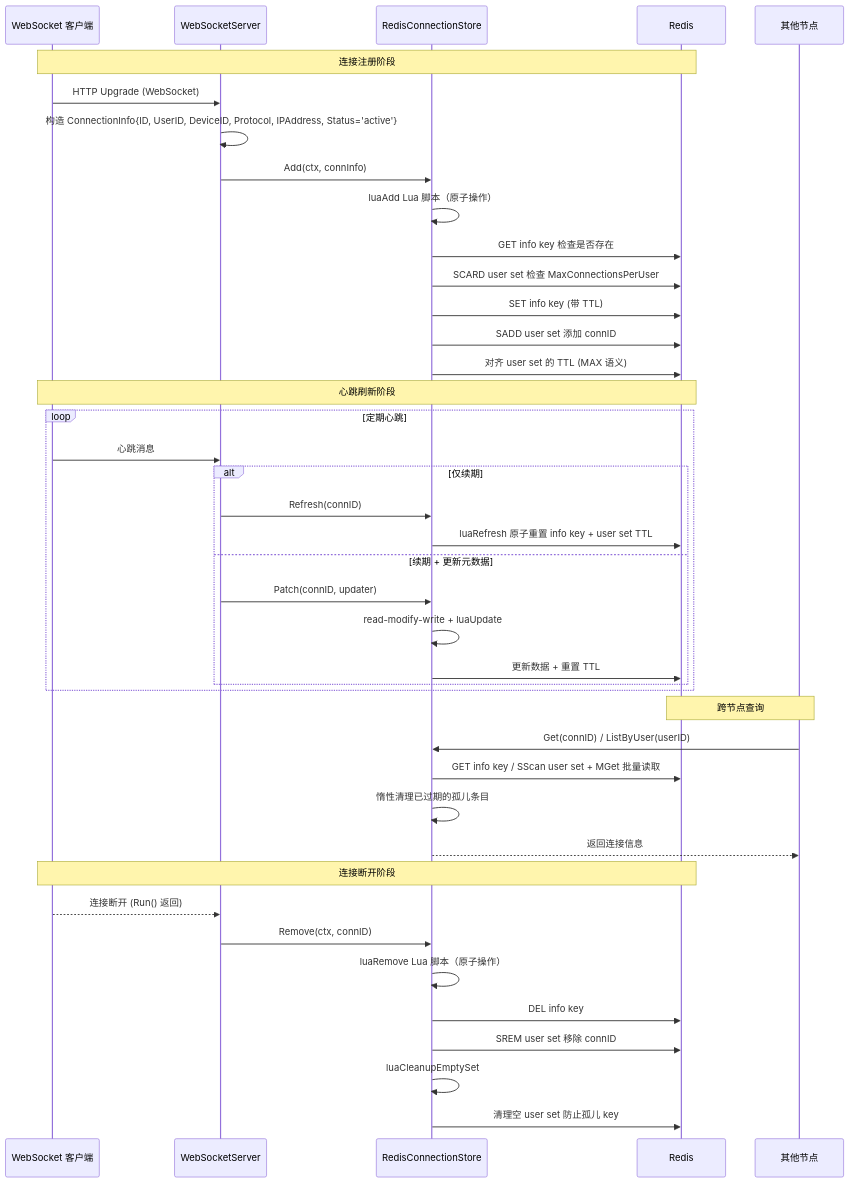
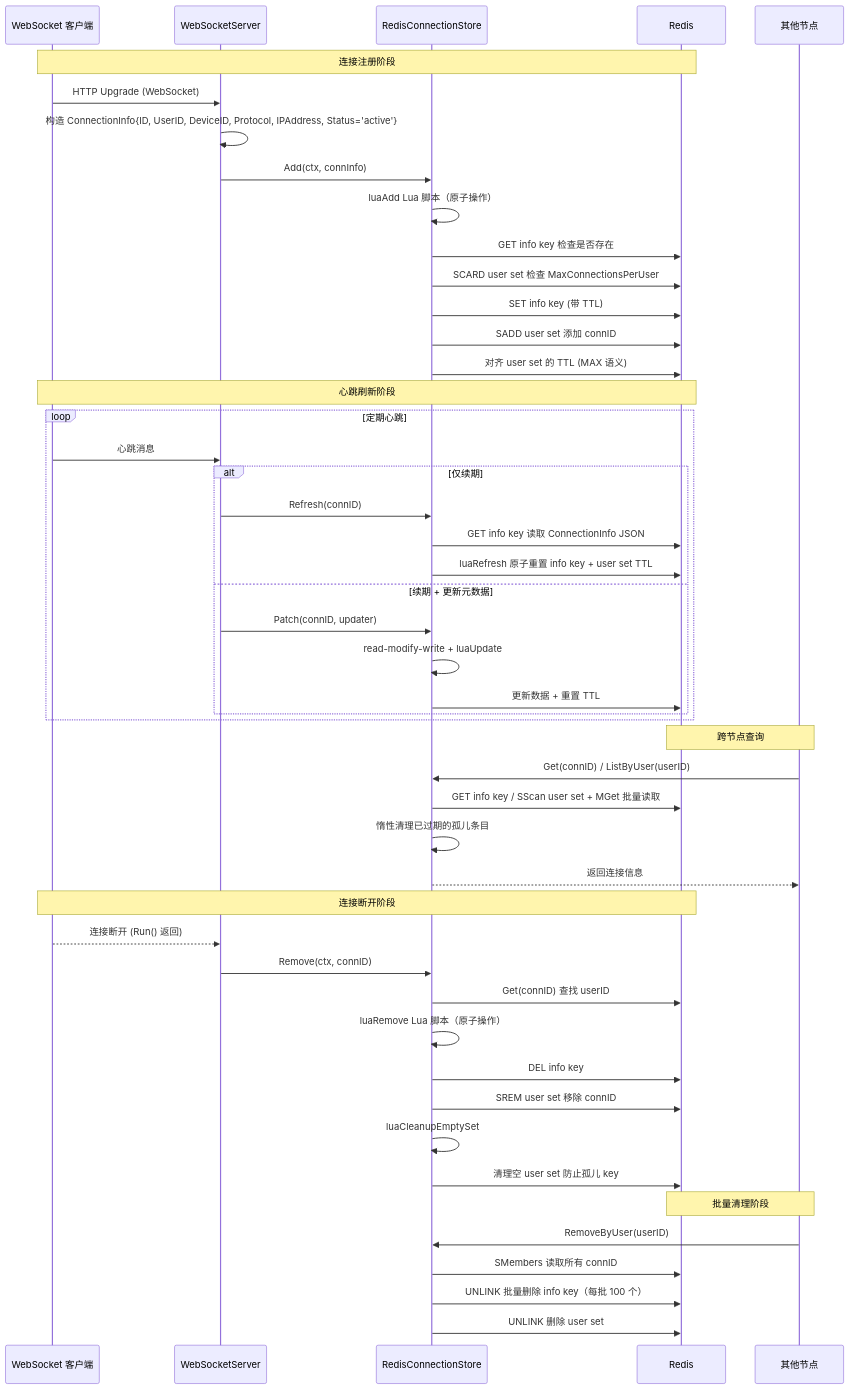
Before and after one commit to PineappleBond/xyncra-server: the second of 5 diagrams in wiki/flows/broadcasting.md, drawn with Mermaid. The commit also changed other lines of this file and 22 other files, not shown here.

````diff
--- a/wiki/flows/broadcasting.md
+++ b/wiki/flows/broadcasting.md
@@ -93,47 +95,55 @@
 ```mermaid
 sequenceDiagram
     participant Client as WebSocket 客户端
     participant WS as WebSocketServer
     participant Store as RedisConnectionStore
     participant Redis as Redis
     participant OtherNode as 其他节点
 
     Note over Client,Redis: 连接注册阶段
     Client->>WS: HTTP Upgrade (WebSocket)
     WS->>WS: 构造 ConnectionInfo{ID, UserID, DeviceID, Protocol, IPAddress, Status='active'}
     WS->>Store: Add(ctx, connInfo)
     Store->>Store: luaAdd Lua 脚本（原子操作）
     Store->>Redis: GET info key 检查是否存在
     Store->>Redis: SCARD user set 检查 MaxConnectionsPerUser
     Store->>Redis: SET info key (带 TTL)
     Store->>Redis: SADD user set 添加 connID
     Store->>Redis: 对齐 user set 的 TTL (MAX 语义)
 
     Note over Client,Redis: 心跳刷新阶段
     loop 定期心跳
         Client->>WS: 心跳消息
         alt 仅续期
             WS->>Store: Refresh(connID)
+            Store->>Redis: GET info key 读取 ConnectionInfo JSON
             Store->>Redis: luaRefresh 原子重置 info key + user set TTL
         else 续期 + 更新元数据
             WS->>Store: Patch(connID, updater)
             Store->>Store: read-modify-write + luaUpdate
             Store->>Redis: 更新数据 + 重置 TTL
         end
     end
 
     Note over OtherNode,Redis: 跨节点查询
     OtherNode->>Store: Get(connID) / ListByUser(userID)
     Store->>Redis: GET info key / SScan user set + MGet 批量读取
     Store->>Store: 惰性清理已过期的孤儿条目
     Store-->>OtherNode: 返回连接信息
 
     Note over Client,Redis: 连接断开阶段
     Client-->>WS: 连接断开 (Run() 返回)
     WS->>Store: Remove(ctx, connID)
+    Store->>Redis: Get(connID) 查找 userID
     Store->>Store: luaRemove Lua 脚本（原子操作）
     Store->>Redis: DEL info key
     Store->>Redis: SREM user set 移除 connID
     Store->>Store: luaCleanupEmptySet
     Store->>Redis: 清理空 user set 防止孤儿 key
+
+    Note over OtherNode,Redis: 批量清理阶段
+    OtherNode->>Store: RemoveByUser(userID)
+    Store->>Redis: SMembers 读取所有 connID
+    Store->>Redis: UNLINK 批量删除 info key（每批 100 个）
+    Store->>Redis: UNLINK 删除 user set
 ```
````
